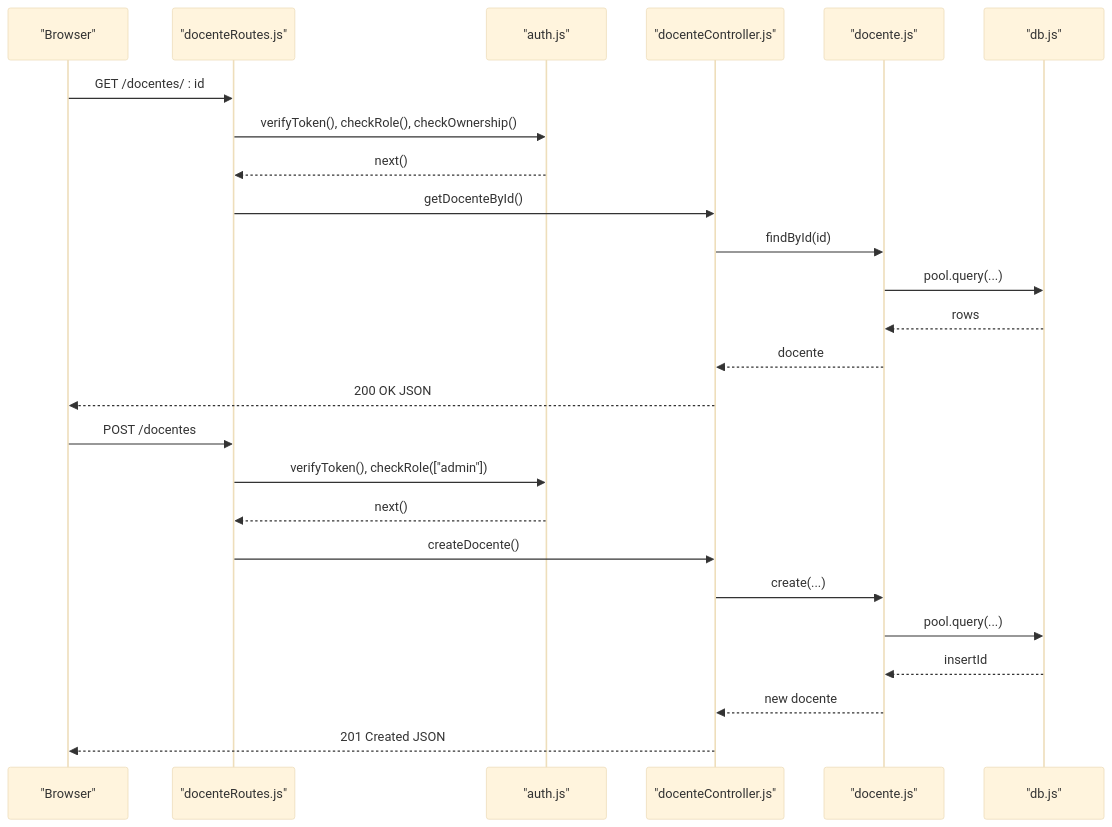
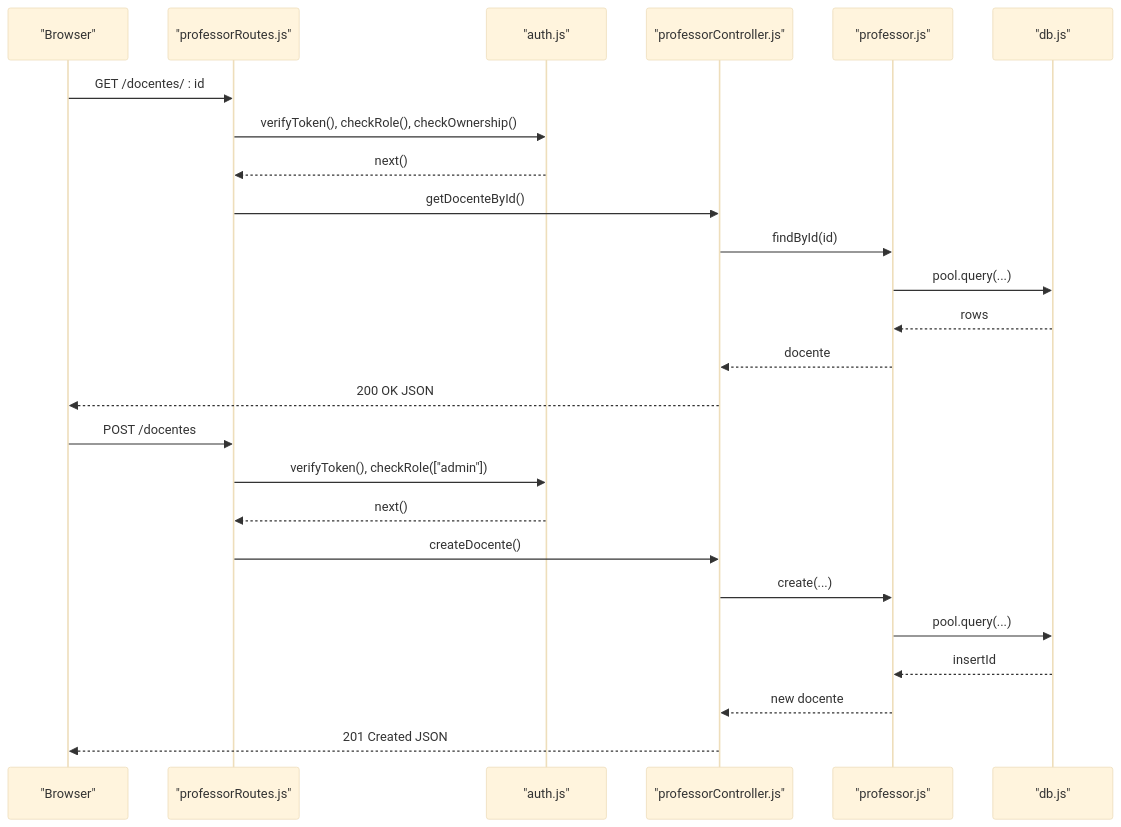
Before and after one commit to luiseduacosta/nodemural: the second of 6 diagrams in .qoder/repowiki/en/content/Core Features Implementation/Professor Management.md, drawn with Mermaid (base theme). The commit also changed other lines of this file and 25 other files, not shown here.

````diff
--- a/.qoder/repowiki/en/content/Core Features Implementation/Professor Management.md
+++ b/.qoder/repowiki/en/content/Core Features Implementation/Professor Management.md
@@ -119,27 +119,27 @@
 ```mermaid
 sequenceDiagram
 participant Browser as "Browser"
-participant Router as "docenteRoutes.js"
+participant Router as "professorRoutes.js"
 participant MW as "auth.js"
-participant Ctrl as "docenteController.js"
-participant Model as "docente.js"
+participant Ctrl as "professorController.js"
+participant Model as "professor.js"
 participant DB as "db.js"
 Browser->>Router : GET /docentes/ : id
 Router->>MW : verifyToken(), checkRole(), checkOwnership()
 MW-->>Router : next()
 Router->>Ctrl : getDocenteById()
 Ctrl->>Model : findById(id)
 Model->>DB : pool.query(...)
 DB-->>Model : rows
 Model-->>Ctrl : docente
 Ctrl-->>Browser : 200 OK JSON
 Browser->>Router : POST /docentes
 Router->>MW : verifyToken(), checkRole(["admin"])
 MW-->>Router : next()
 Router->>Ctrl : createDocente()
 Ctrl->>Model : create(...)
 Model->>DB : pool.query(...)
 DB-->>Model : insertId
 Model-->>Ctrl : new docente
 Ctrl-->>Browser : 201 Created JSON
 ```
````
